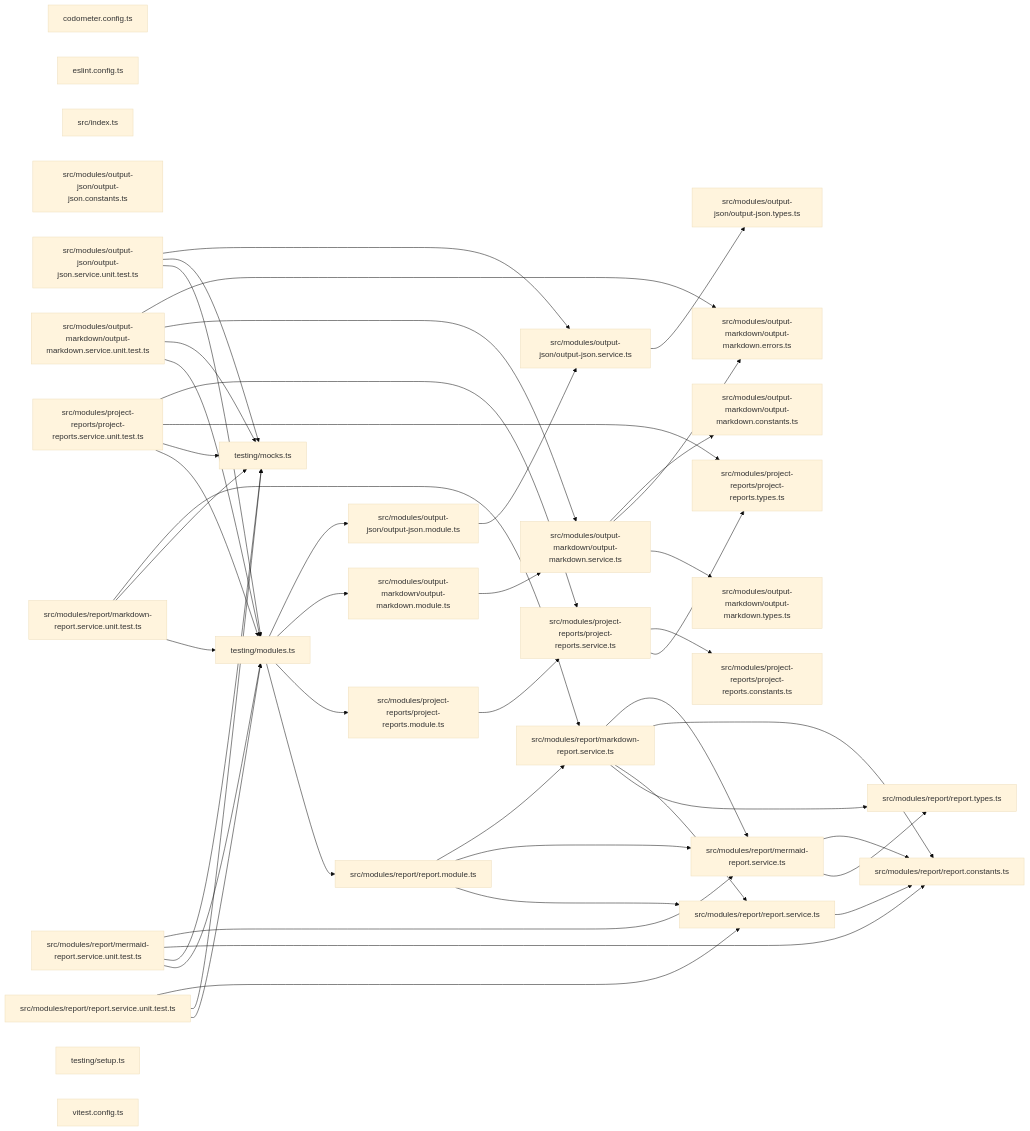
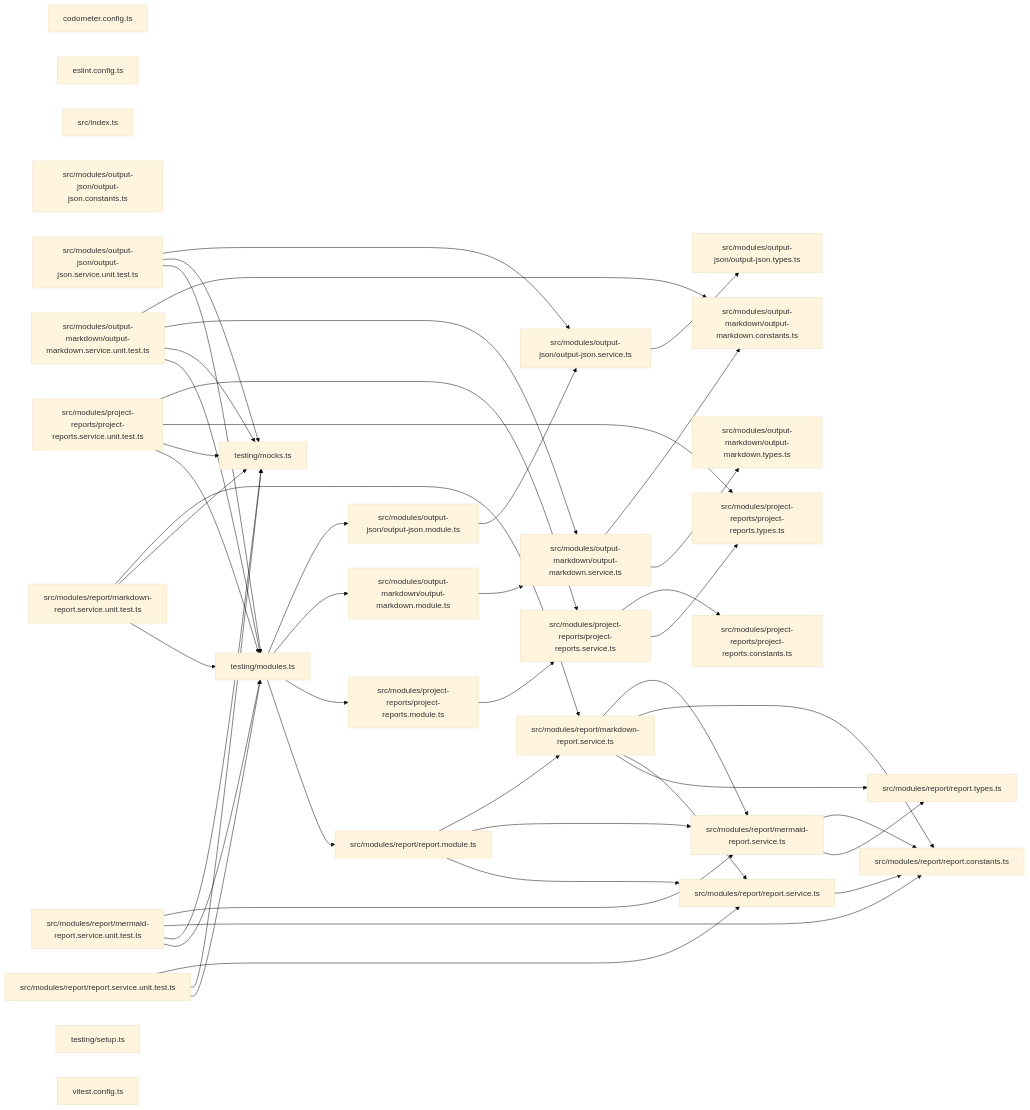
The third of 3 diagrams in packages/callidescope-output/README.md (JimmyPaolini/codebase), drawn with Mermaid (base theme) before and after one commit. The commit also changed other lines of this file and 49 other files, not shown here.

````diff
--- a/packages/callidescope-output/README.md
+++ b/packages/callidescope-output/README.md
@@ -193,79 +193,77 @@
 ```mermaid
 graph LR
   file_codometer_config_ts["codometer.config.ts"]
   file_eslint_config_ts["eslint.config.ts"]
   file_src_index_ts["src/index.ts"]
   file_src_modules_output_json_output_json_constants_ts["src/modules/output-json/output-json.constants.ts"]
   file_src_modules_output_json_output_json_module_ts["src/modules/output-json/output-json.module.ts"]
   file_src_modules_output_json_output_json_service_ts["src/modules/output-json/output-json.service.ts"]
   file_src_modules_output_json_output_json_service_unit_test_ts["src/modules/output-json/output-json.service.unit.test.ts"]
   file_src_modules_output_json_output_json_types_ts["src/modules/output-json/output-json.types.ts"]
   file_src_modules_output_markdown_output_markdown_constants_ts["src/modules/output-markdown/output-markdown.constants.ts"]
-  file_src_modules_output_markdown_output_markdown_errors_ts["src/modules/output-markdown/output-markdown.errors.ts"]
   file_src_modules_output_markdown_output_markdown_module_ts["src/modules/output-markdown/output-markdown.module.ts"]
   file_src_modules_output_markdown_output_markdown_service_ts["src/modules/output-markdown/output-markdown.service.ts"]
   file_src_modules_output_markdown_output_markdown_service_unit_test_ts["src/modules/output-markdown/output-markdown.service.unit.test.ts"]
   file_src_modules_output_markdown_output_markdown_types_ts["src/modules/output-markdown/output-markdown.types.ts"]
   file_src_modules_project_reports_project_reports_constants_ts["src/modules/project-reports/project-reports.constants.ts"]
   file_src_modules_project_reports_project_reports_module_ts["src/modules/project-reports/project-reports.module.ts"]
   file_src_modules_project_reports_project_reports_service_ts["src/modules/project-reports/project-reports.service.ts"]
   file_src_modules_project_reports_project_reports_service_unit_test_ts["src/modules/project-reports/project-reports.service.unit.test.ts"]
   file_src_modules_project_reports_project_reports_types_ts["src/modules/project-reports/project-reports.types.ts"]
   file_src_modules_report_markdown_report_service_ts["src/modules/report/markdown-report.service.ts"]
   file_src_modules_report_markdown_report_service_unit_test_ts["src/modules/report/markdown-report.service.unit.test.ts"]
   file_src_modules_report_mermaid_report_service_ts["src/modules/report/mermaid-report.service.ts"]
   file_src_modules_report_mermaid_report_service_unit_test_ts["src/modules/report/mermaid-report.service.unit.test.ts"]
   file_src_modules_report_report_constants_ts["src/modules/report/report.constants.ts"]
   file_src_modules_report_report_module_ts["src/modules/report/report.module.ts"]
   file_src_modules_report_report_service_ts["src/modules/report/report.service.ts"]
   file_src_modules_report_report_service_unit_test_ts["src/modules/report/report.service.unit.test.ts"]
   file_src_modules_report_report_types_ts["src/modules/report/report.types.ts"]
   file_testing_mocks_ts["testing/mocks.ts"]
   file_testing_modules_ts["testing/modules.ts"]
   file_testing_setup_ts["testing/setup.ts"]
   file_vitest_config_ts["vitest.config.ts"]
   file_src_modules_output_json_output_json_module_ts --> file_src_modules_output_json_output_json_service_ts
   file_src_modules_output_json_output_json_service_ts --> file_src_modules_output_json_output_json_types_ts
   file_src_modules_output_json_output_json_service_unit_test_ts --> file_src_modules_output_json_output_json_service_ts
   file_src_modules_output_json_output_json_service_unit_test_ts --> file_testing_mocks_ts
   file_src_modules_output_json_output_json_service_unit_test_ts --> file_testing_modules_ts
   file_src_modules_output_markdown_output_markdown_module_ts --> file_src_modules_output_markdown_output_markdown_service_ts
   file_src_modules_output_markdown_output_markdown_service_ts --> file_src_modules_output_markdown_output_markdown_constants_ts
-  file_src_modules_output_markdown_output_markdown_service_ts --> file_src_modules_output_markdown_output_markdown_errors_ts
   file_src_modules_output_markdown_output_markdown_service_ts --> file_src_modules_output_markdown_output_markdown_types_ts
-  file_src_modules_output_markdown_output_markdown_service_unit_test_ts --> file_src_modules_output_markdown_output_markdown_errors_ts
+  file_src_modules_output_markdown_output_markdown_service_unit_test_ts --> file_src_modules_output_markdown_output_markdown_constants_ts
   file_src_modules_output_markdown_output_markdown_service_unit_test_ts --> file_src_modules_output_markdown_output_markdown_service_ts
   file_src_modules_output_markdown_output_markdown_service_unit_test_ts --> file_testing_mocks_ts
   file_src_modules_output_markdown_output_markdown_service_unit_test_ts --> file_testing_modules_ts
   file_src_modules_project_reports_project_reports_module_ts --> file_src_modules_project_reports_project_reports_service_ts
   file_src_modules_project_reports_project_reports_service_ts --> file_src_modules_project_reports_project_reports_constants_ts
   file_src_modules_project_reports_project_reports_service_ts --> file_src_modules_project_reports_project_reports_types_ts
   file_src_modules_project_reports_project_reports_service_unit_test_ts --> file_src_modules_project_reports_project_reports_service_ts
   file_src_modules_project_reports_project_reports_service_unit_test_ts --> file_src_modules_project_reports_project_reports_types_ts
   file_src_modules_project_reports_project_reports_service_unit_test_ts --> file_testing_mocks_ts
   file_src_modules_project_reports_project_reports_service_unit_test_ts --> file_testing_modules_ts
   file_src_modules_report_markdown_report_service_ts --> file_src_modules_report_mermaid_report_service_ts
   file_src_modules_report_markdown_report_service_ts --> file_src_modules_report_report_constants_ts
   file_src_modules_report_markdown_report_service_ts --> file_src_modules_report_report_service_ts
   file_src_modules_report_markdown_report_service_ts --> file_src_modules_report_report_types_ts
   file_src_modules_report_markdown_report_service_unit_test_ts --> file_src_modules_report_markdown_report_service_ts
   file_src_modules_report_markdown_report_service_unit_test_ts --> file_testing_mocks_ts
   file_src_modules_report_markdown_report_service_unit_test_ts --> file_testing_modules_ts
   file_src_modules_report_mermaid_report_service_ts --> file_src_modules_report_report_constants_ts
   file_src_modules_report_mermaid_report_service_ts --> file_src_modules_report_report_types_ts
   file_src_modules_report_mermaid_report_service_unit_test_ts --> file_src_modules_report_mermaid_report_service_ts
   file_src_modules_report_mermaid_report_service_unit_test_ts --> file_src_modules_report_report_constants_ts
   file_src_modules_report_mermaid_report_service_unit_test_ts --> file_testing_mocks_ts
   file_src_modules_report_mermaid_report_service_unit_test_ts --> file_testing_modules_ts
   file_src_modules_report_report_module_ts --> file_src_modules_report_markdown_report_service_ts
   file_src_modules_report_report_module_ts --> file_src_modules_report_mermaid_report_service_ts
   file_src_modules_report_report_module_ts --> file_src_modules_report_report_service_ts
   file_src_modules_report_report_service_ts --> file_src_modules_report_report_constants_ts
   file_src_modules_report_report_service_unit_test_ts --> file_src_modules_report_report_service_ts
   file_src_modules_report_report_service_unit_test_ts --> file_testing_mocks_ts
   file_src_modules_report_report_service_unit_test_ts --> file_testing_modules_ts
   file_testing_modules_ts --> file_src_modules_output_json_output_json_module_ts
   file_testing_modules_ts --> file_src_modules_output_markdown_output_markdown_module_ts
   file_testing_modules_ts --> file_src_modules_project_reports_project_reports_module_ts
   file_testing_modules_ts --> file_src_modules_report_report_module_ts
 ```
````
